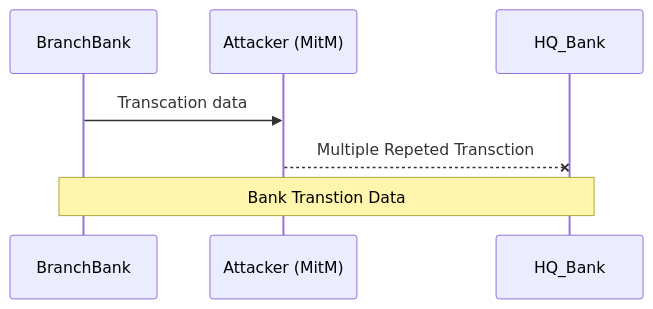
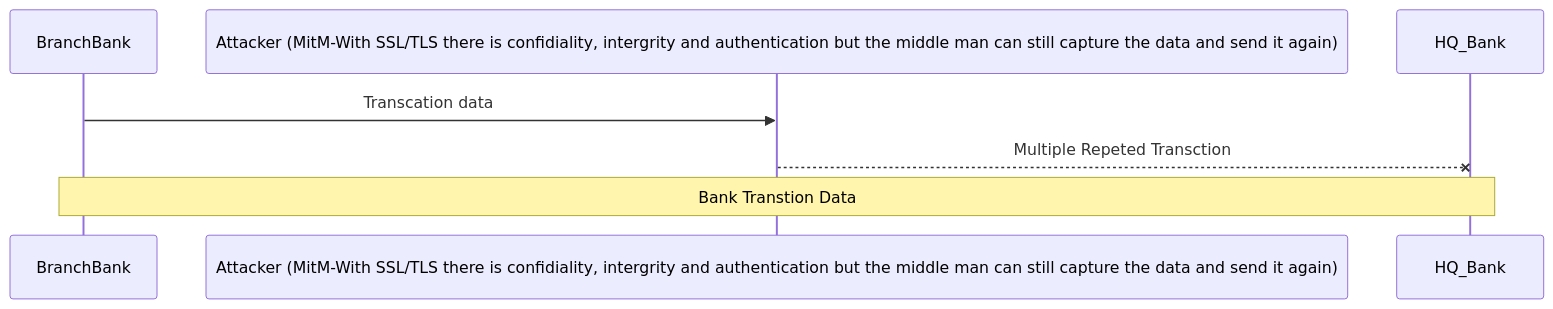
Before and after one commit to Rajeev-Tamang/OpenSSL: the second of 2 diagrams in README.md, drawn with Mermaid. The commit also changed other lines of this file, not shown here.

````diff
--- a/README.md
+++ b/README.md
@@ -75,10 +54,10 @@
 ```mermaid
 sequenceDiagram
     participant BranchBank as BranchBank
-    participant Attacker as Attacker (MitM)
+    participant Attacker as Attacker (MitM-With SSL/TLS there is confidiality, intergrity and authentication but the middle man can still capture the data and send it again)
     participant HQ_Bank as HQ_Bank
 
     BranchBank->>Attacker: Transcation data
     Attacker--xHQ_Bank: Multiple Repeted Transction
     Note over BranchBank,HQ_Bank: Bank Transtion Data
 ```
````
